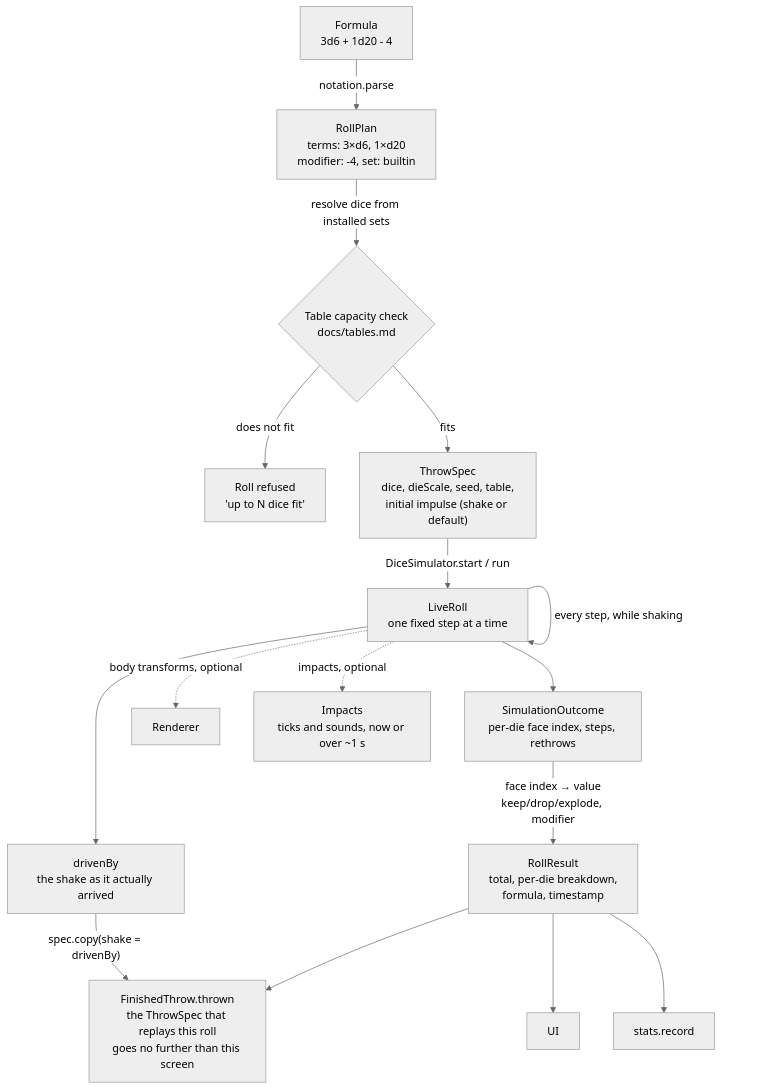
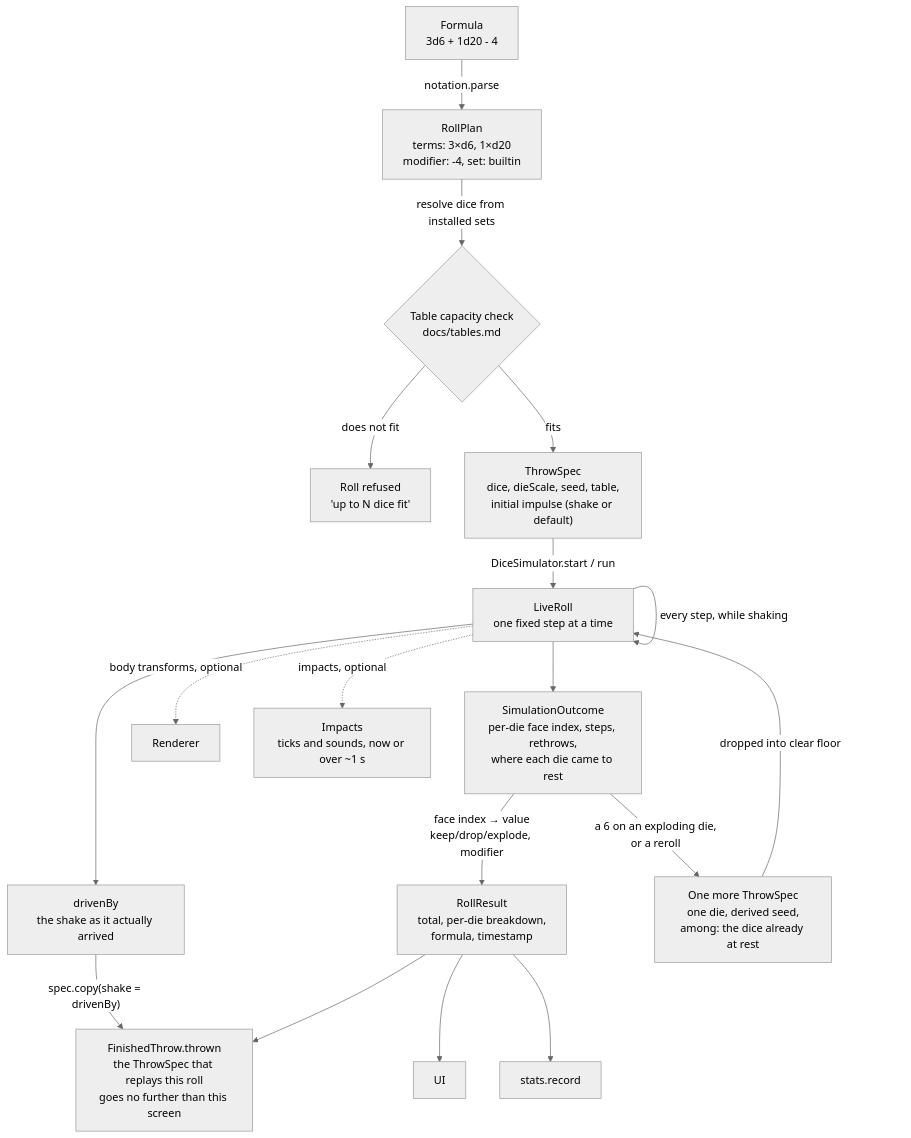
The seventh of 7 diagrams in docs/architecture.md (drehtuer/dInfinityApp), drawn with Mermaid (neutral theme) before and after one commit. The commit also changed other lines of this file and 5 other files, not shown here.

````diff
--- a/docs/architecture.md
+++ b/docs/architecture.md
@@ -998,18 +1015,20 @@
 ```mermaid
 flowchart TD
     F["Formula<br/>3d6 + 1d20 - 4"] -->|notation.parse| P["RollPlan<br/>terms: 3×d6, 1×d20<br/>modifier: -4, set: builtin"]
     P -->|resolve dice from installed sets| C{Table capacity check<br/>docs/tables.md}
     C -->|does not fit| R["Roll refused<br/>'up to N dice fit'"]
     C -->|fits| T["ThrowSpec<br/>dice, dieScale, seed, table,<br/>initial impulse (shake or default)"]
     T -->|"DiceSimulator.start / run"| L["LiveRoll<br/>one fixed step at a time"]
     L -->|"every step, while shaking"| L
-    L --> S["SimulationOutcome<br/>per-die face index, steps, rethrows"]
+    L --> S["SimulationOutcome<br/>per-die face index, steps, rethrows,<br/>where each die came to rest"]
     L --> D["drivenBy<br/>the shake as it actually arrived"]
     L -.->|body transforms, optional| V[Renderer]
     L -.->|"impacts, optional"| I["Impacts<br/>ticks and sounds, now or over ~1 s"]
     S -->|face index → value<br/>keep/drop/explode, modifier| O["RollResult<br/>total, per-die breakdown,<br/>formula, timestamp"]
+    S -->|"a 6 on an exploding die,<br/>or a reroll"| X["One more ThrowSpec<br/>one die, derived seed,<br/>among: the dice already at rest"]
+    X -->|"dropped into clear floor"| L
     D -->|"spec.copy(shake = drivenBy)"| FT["FinishedThrow.thrown<br/>the ThrowSpec that replays this roll<br/>goes no further than this screen"]
     O --> FT
     O --> UI[UI]
     O --> ST[stats.record]
 ```
````
